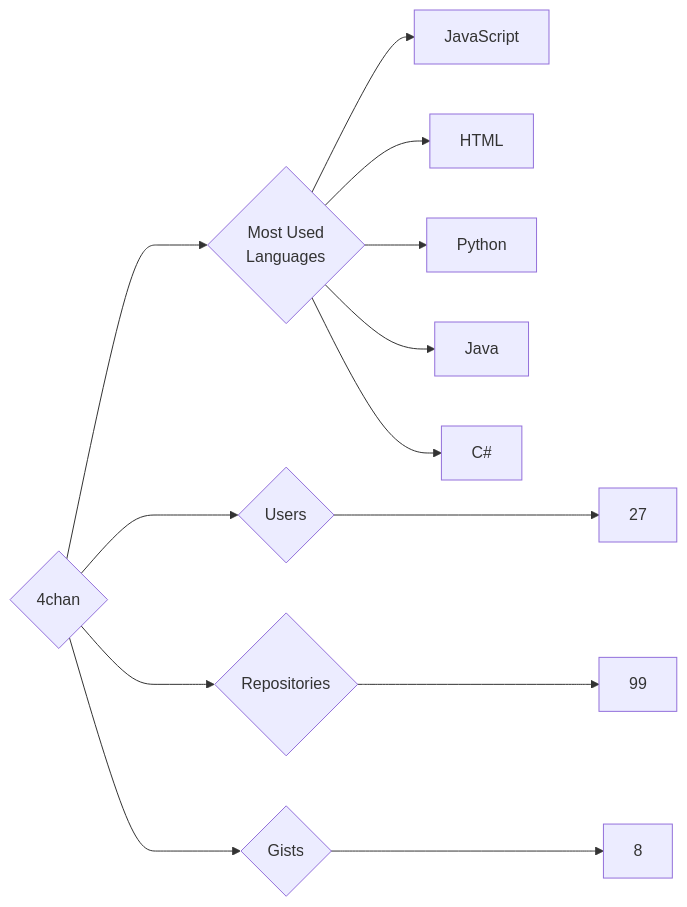
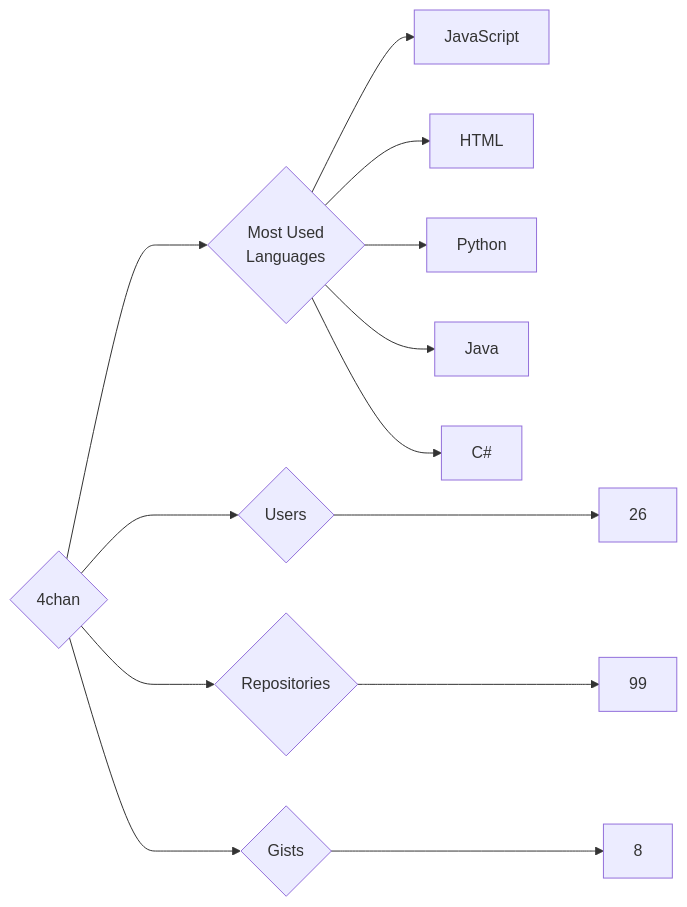
The diagram in targets/4chan/README.md (trickest/insiders), drawn with Mermaid before and after one commit. The commit also changed 873 other files, not shown here.

````diff
--- a/targets/4chan/README.md
+++ b/targets/4chan/README.md
@@ -3,13 +3,13 @@
 ```mermaid
 graph LR
 COMPANY_NAME{4chan}
-COMPANY_NAME ---> U{Users} ---> UN[27]
+COMPANY_NAME ---> U{Users} ---> UN[26]
 COMPANY_NAME ---> R{Repositories} ---> RN[99]
 COMPANY_NAME ---> G{Gists} ---> GN[8]
 COMPANY_NAME ---> ML{Most Used<br>Languages}
 ML --> JavaScript[JavaScript]
 ML --> HTML[HTML]
 ML --> Python[Python]
 ML --> Java[Java]
 ML --> C#[C#]
 ```
````
